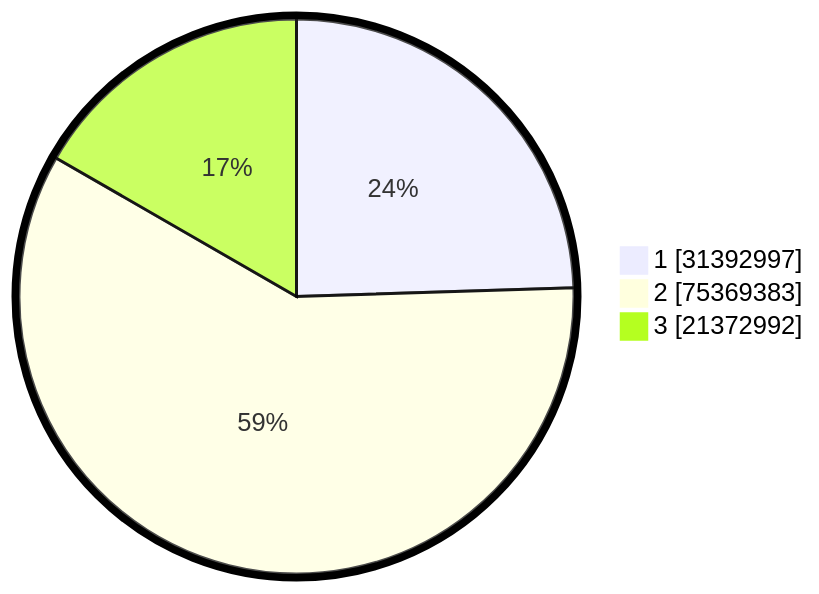
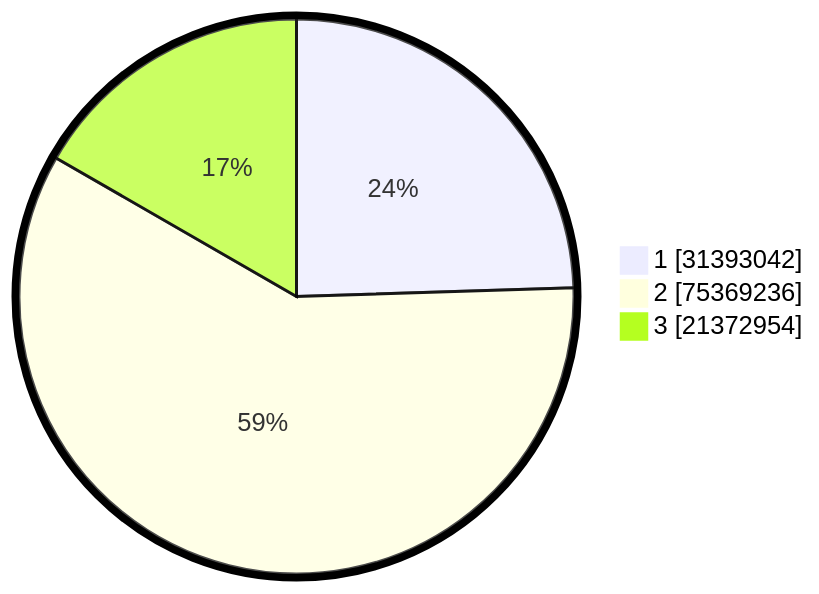
One commit to gigit-pemilu/pemilu-2024 changed the second of 2 diagrams in pilpres/hitung-suara/README.md. Above: the diagram before and after it, drawn with Mermaid. The commit also changed other lines of this file and 10 other files, not shown here.

````diff
--- a/pilpres/hitung-suara/README.md
+++ b/pilpres/hitung-suara/README.md
@@ -93,7 +93,7 @@
 ```mermaid
 %%{init: {"pie": {"textPosition": 0.5}, "themeVariables": {"pieOuterStrokeWidth": "5px"}} }%%
 pie showData
-    "1" : 31392997
-    "2" : 75369383
-    "3" : 21372992
+    "1" : 31393042
+    "2" : 75369236
+    "3" : 21372954
 ```
````
